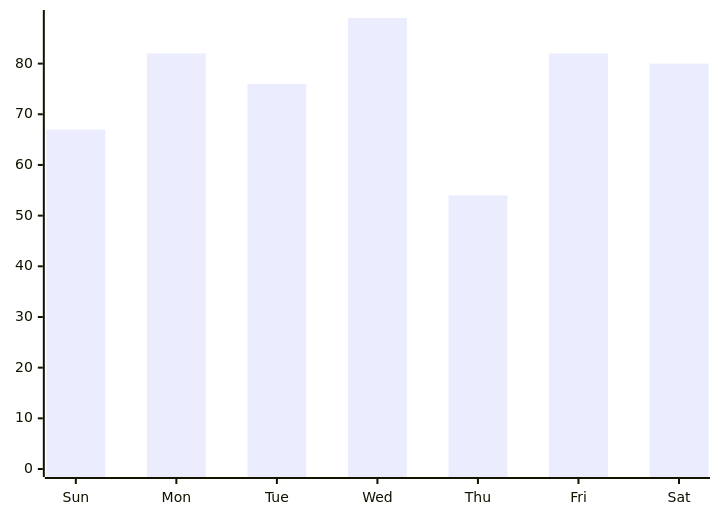
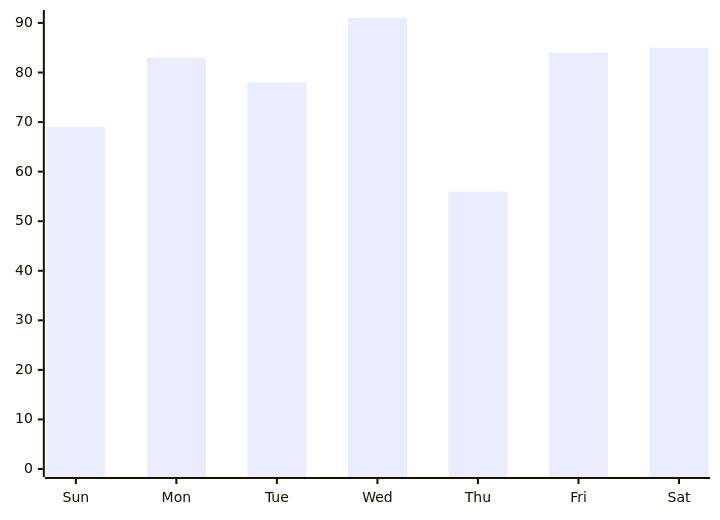
The fourth of 4 diagrams in index.stats.md (austrellum/navigator), drawn with Mermaid before and after one commit. The commit also changed other lines of this file and 7 other files, not shown here.

````diff
--- a/index.stats.md
+++ b/index.stats.md
@@ -40,6 +40,6 @@
 ```mermaid
 xychart-beta
   x-axis ["Sun","Mon","Tue","Wed","Thu","Fri","Sat"]
-  y-axis 0 --> 89
-  bar [67,82,76,89,54,82,80]
+  y-axis 0 --> 91
+  bar [69,83,78,91,56,84,85]
 ```
````
